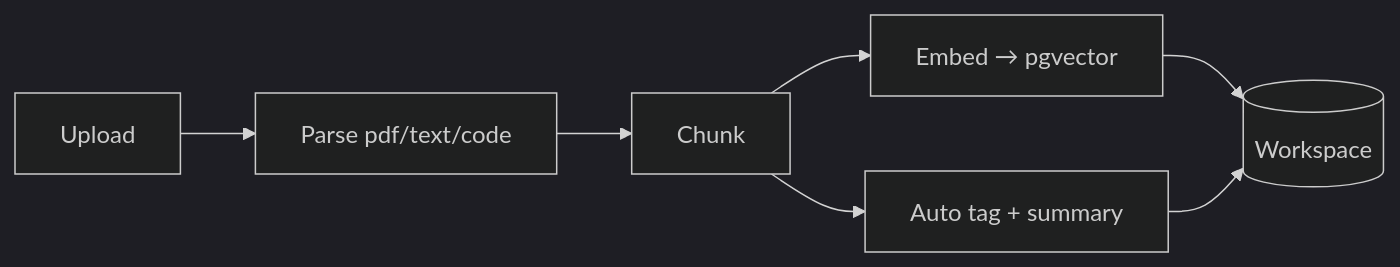
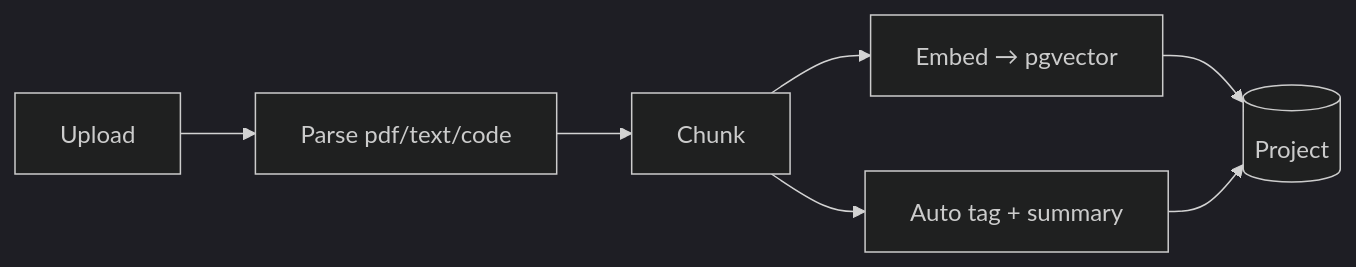
The diagram in docs-site/src/content/docs/features/workspaces.md (QR-Madness/agentx), drawn with Mermaid (dark theme) before and after one commit. The commit also changed other lines of this file and 3 other files, not shown here.

````diff
--- a/docs-site/src/content/docs/features/workspaces.md
+++ b/docs-site/src/content/docs/features/workspaces.md
@@ -15,9 +89,9 @@
 ```mermaid
 graph LR
     U[Upload] --> P[Parse pdf/text/code]
     P --> C[Chunk]
     C --> E[Embed → pgvector]
     C --> S[Auto tag + summary]
-    E --> R[(Workspace)]
+    E --> R[(Project)]
     S --> R
 ```
````
